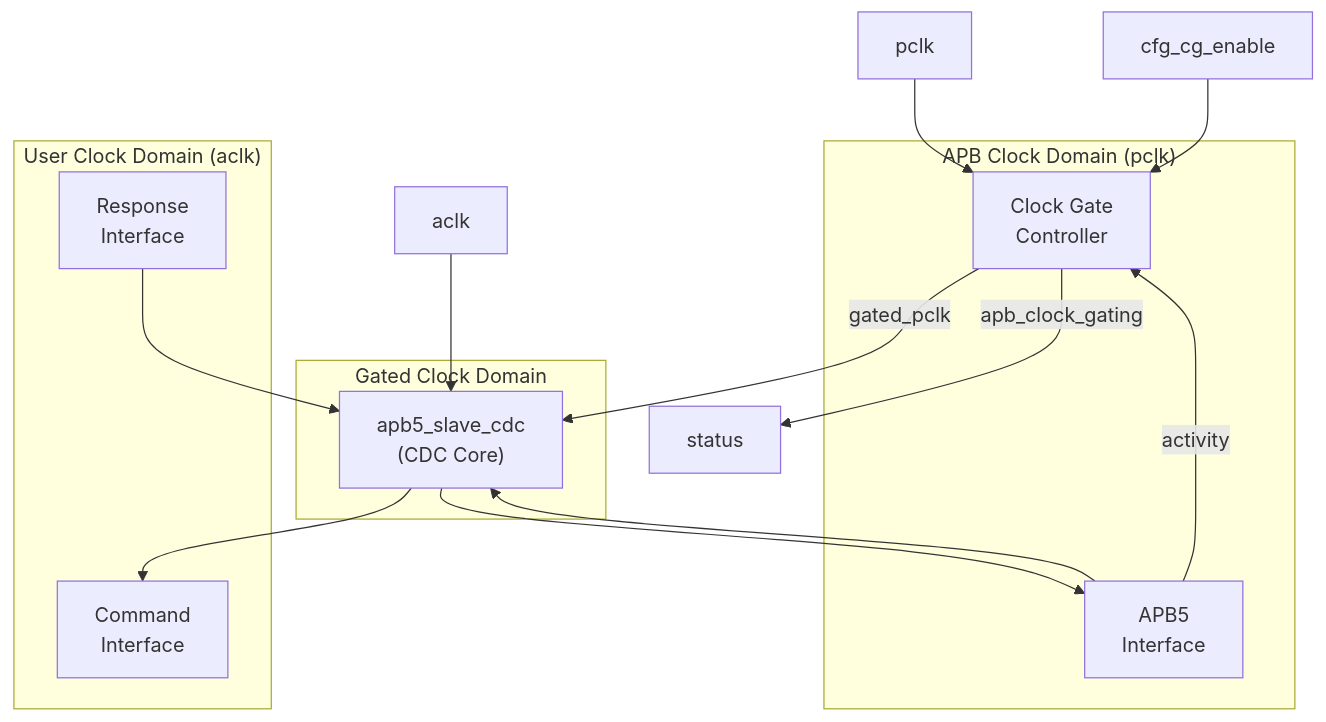
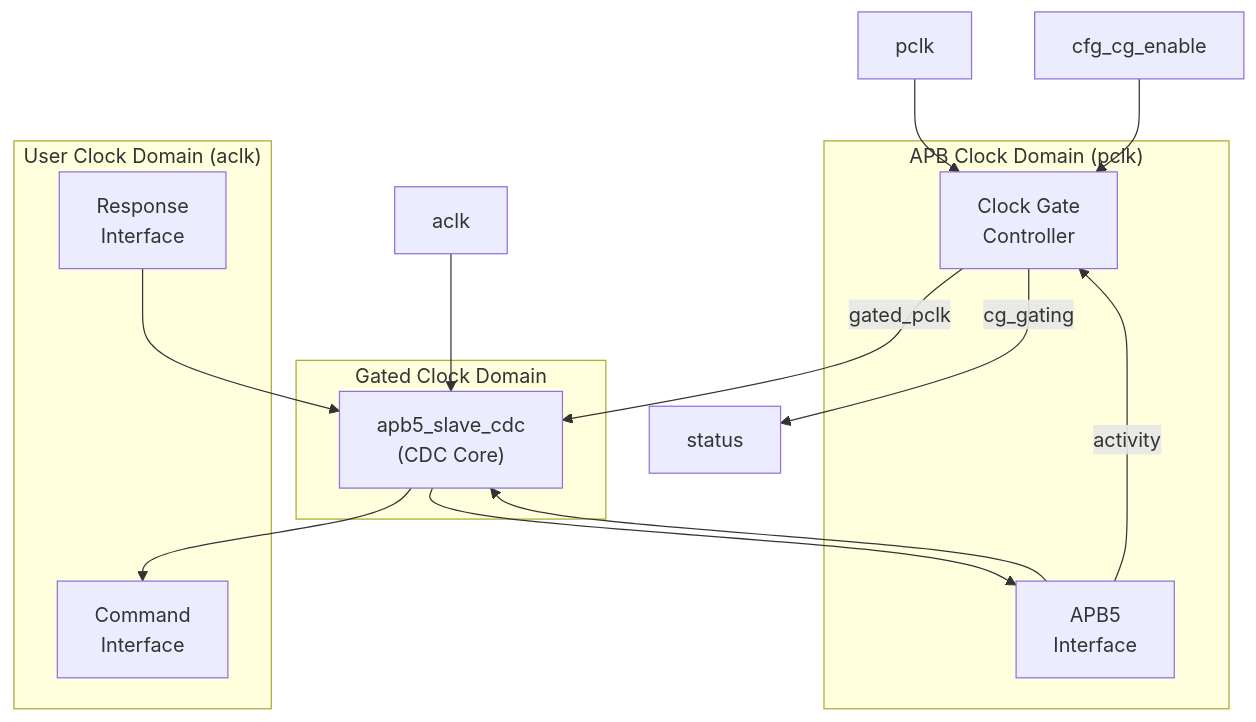
One commit to sean-galloway/RTLDesignSherpa changed the first of 3 diagrams in docs/markdown/rtl-amba/apb5/apb5_slave_cdc_cg.md. Above: the diagram before and after it, drawn with Mermaid. The commit also changed other lines of this file and 26 other files, not shown here.

````diff
--- a/docs/markdown/rtl-amba/apb5/apb5_slave_cdc_cg.md
+++ b/docs/markdown/rtl-amba/apb5/apb5_slave_cdc_cg.md
@@ -129,29 +130,29 @@
 ```mermaid
 flowchart TB
     subgraph APB_CLK["APB Clock Domain (pclk)"]
         cg_ctrl["Clock Gate<br/>Controller"]
         apb_if["APB5<br/>Interface"]
     end
 
     subgraph GATED["Gated Clock Domain"]
         cdc_core["apb5_slave_cdc<br/>(CDC Core)"]
     end
 
     subgraph USER_CLK["User Clock Domain (aclk)"]
         cmd_if["Command<br/>Interface"]
         rsp_if["Response<br/>Interface"]
     end
 
     pclk["pclk"] --> cg_ctrl
     cg_ctrl -->|gated_pclk| cdc_core
     aclk["aclk"] --> cdc_core
 
     apb_if --> cdc_core
     cdc_core --> cmd_if
     rsp_if --> cdc_core
     cdc_core --> apb_if
 
     cfg_cg_enable --> cg_ctrl
     apb_if -->|activity| cg_ctrl
-    cg_ctrl -->|apb_clock_gating| status
+    cg_ctrl -->|cg_gating| status
 ```
````
